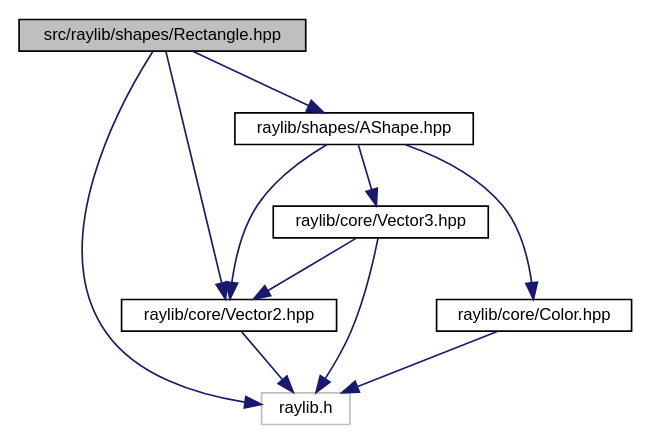
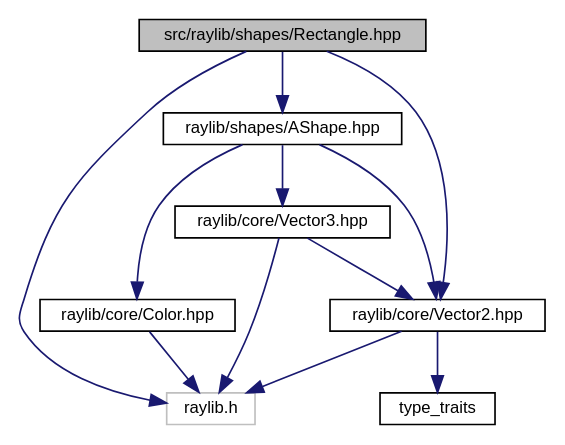
One commit to MisterPeModder/Bomberman-Global-Offensive changed the diagram in _rectangle_8hpp__incl.dot. Above: the diagram before and after it, drawn with Graphviz. The commit also changed 409 other files, not shown here.

Commit message:
Deploying to gh-pages from @ MisterPeModder/Bomberman-Global-Offensive@ab1bae0a3c45851998e872f0a22c7a9de02e83da 🚀

```diff
--- a/_rectangle_8hpp__incl.dot
+++ b/_rectangle_8hpp__incl.dot
@@ -1,22 +1,24 @@
 digraph "src/raylib/shapes/Rectangle.hpp"
 {
  // LATEX_PDF_SIZE
   edge [fontname="Helvetica",fontsize="10",labelfontname="Helvetica",labelfontsize="10"];
   node [fontname="Helvetica",fontsize="10",shape=record];
   Node1 [label="src/raylib/shapes/Rectangle.hpp",height=0.2,width=0.4,color="black", fillcolor="grey75", style="filled", fontcolor="black",tooltip=" "];
   Node1 -> Node2 [color="midnightblue",fontsize="10",style="solid",fontname="Helvetica"];
   Node2 [label="raylib/core/Vector2.hpp",height=0.2,width=0.4,color="black", fillcolor="white", style="filled",URL="$_vector2_8hpp.html",tooltip=" "];
   Node2 -> Node3 [color="midnightblue",fontsize="10",style="solid",fontname="Helvetica"];
-  Node3 [label="raylib.h",height=0.2,width=0.4,color="grey75", fillcolor="white", style="filled",tooltip=" "];
+  Node3 [label="type_traits",height=0.2,width=0.4,color="black", fillcolor="white", style="filled",URL="/home/runner/work/Bomberman-Global-Offensive/Bomberman-Global-Offensive/doc/external/cppreference-doxygen-web.tag.xml$cpp/header/type_traits.html",tooltip=" "];
+  Node2 -> Node4 [color="midnightblue",fontsize="10",style="solid",fontname="Helvetica"];
+  Node4 [label="raylib.h",height=0.2,width=0.4,color="grey75", fillcolor="white", style="filled",tooltip=" "];
+  Node1 -> Node5 [color="midnightblue",fontsize="10",style="solid",fontname="Helvetica"];
+  Node5 [label="raylib/shapes/AShape.hpp",height=0.2,width=0.4,color="black", fillcolor="white", style="filled",URL="$_a_shape_8hpp.html",tooltip=" "];
+  Node5 -> Node6 [color="midnightblue",fontsize="10",style="solid",fontname="Helvetica"];
+  Node6 [label="raylib/core/Color.hpp",height=0.2,width=0.4,color="black", fillcolor="white", style="filled",URL="$_color_8hpp.html",tooltip=" "];
+  Node6 -> Node4 [color="midnightblue",fontsize="10",style="solid",fontname="Helvetica"];
+  Node5 -> Node2 [color="midnightblue",fontsize="10",style="solid",fontname="Helvetica"];
+  Node5 -> Node7 [color="midnightblue",fontsize="10",style="solid",fontname="Helvetica"];
+  Node7 [label="raylib/core/Vector3.hpp",height=0.2,width=0.4,color="black", fillcolor="white", style="filled",URL="$_vector3_8hpp.html",tooltip=" "];
+  Node7 -> Node2 [color="midnightblue",fontsize="10",style="solid",fontname="Helvetica"];
+  Node7 -> Node4 [color="midnightblue",fontsize="10",style="solid",fontname="Helvetica"];
   Node1 -> Node4 [color="midnightblue",fontsize="10",style="solid",fontname="Helvetica"];
-  Node4 [label="raylib/shapes/AShape.hpp",height=0.2,width=0.4,color="black", fillcolor="white", style="filled",URL="$_a_shape_8hpp.html",tooltip=" "];
-  Node4 -> Node5 [color="midnightblue",fontsize="10",style="solid",fontname="Helvetica"];
-  Node5 [label="raylib/core/Color.hpp",height=0.2,width=0.4,color="black", fillcolor="white", style="filled",URL="$_color_8hpp.html",tooltip=" "];
-  Node5 -> Node3 [color="midnightblue",fontsize="10",style="solid",fontname="Helvetica"];
-  Node4 -> Node2 [color="midnightblue",fontsize="10",style="solid",fontname="Helvetica"];
-  Node4 -> Node6 [color="midnightblue",fontsize="10",style="solid",fontname="Helvetica"];
-  Node6 [label="raylib/core/Vector3.hpp",height=0.2,width=0.4,color="black", fillcolor="white", style="filled",URL="$_vector3_8hpp.html",tooltip=" "];
-  Node6 -> Node2 [color="midnightblue",fontsize="10",style="solid",fontname="Helvetica"];
-  Node6 -> Node3 [color="midnightblue",fontsize="10",style="solid",fontname="Helvetica"];
-  Node1 -> Node3 [color="midnightblue",fontsize="10",style="solid",fontname="Helvetica"];
 }
```
